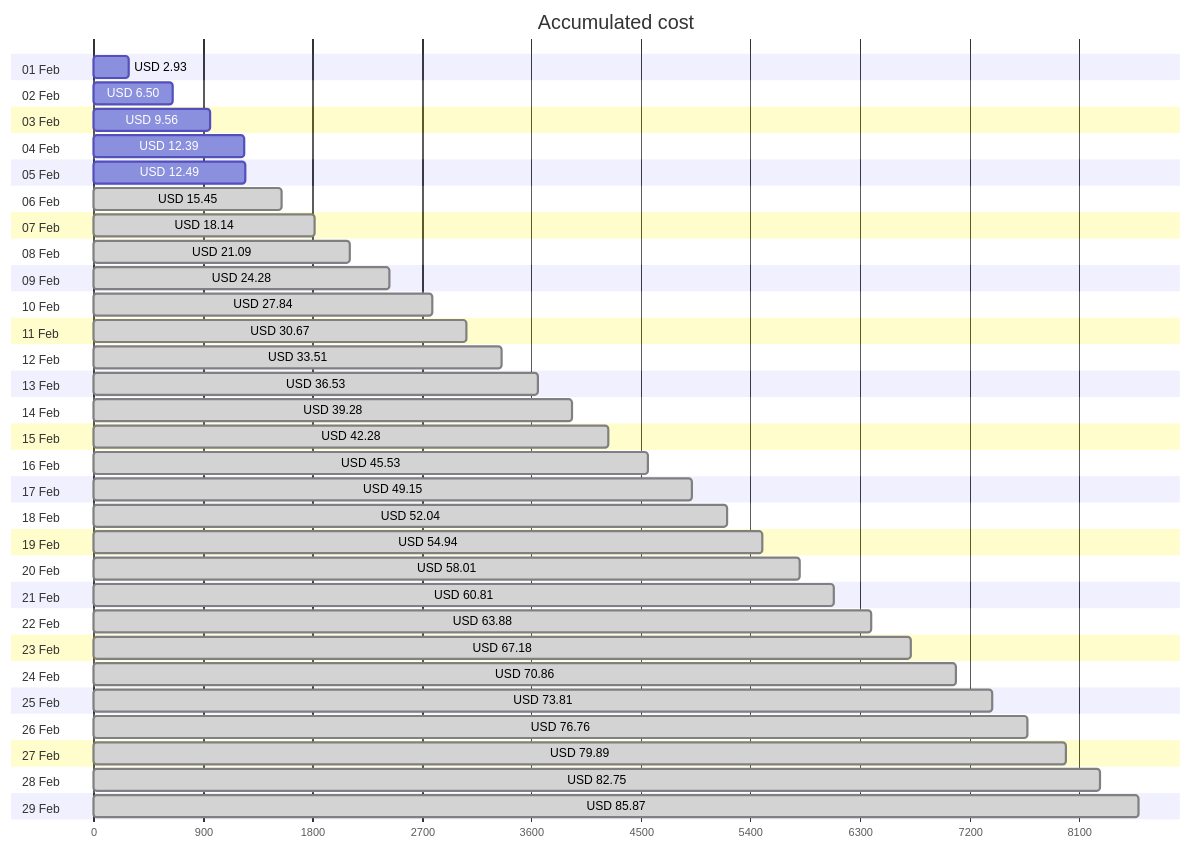
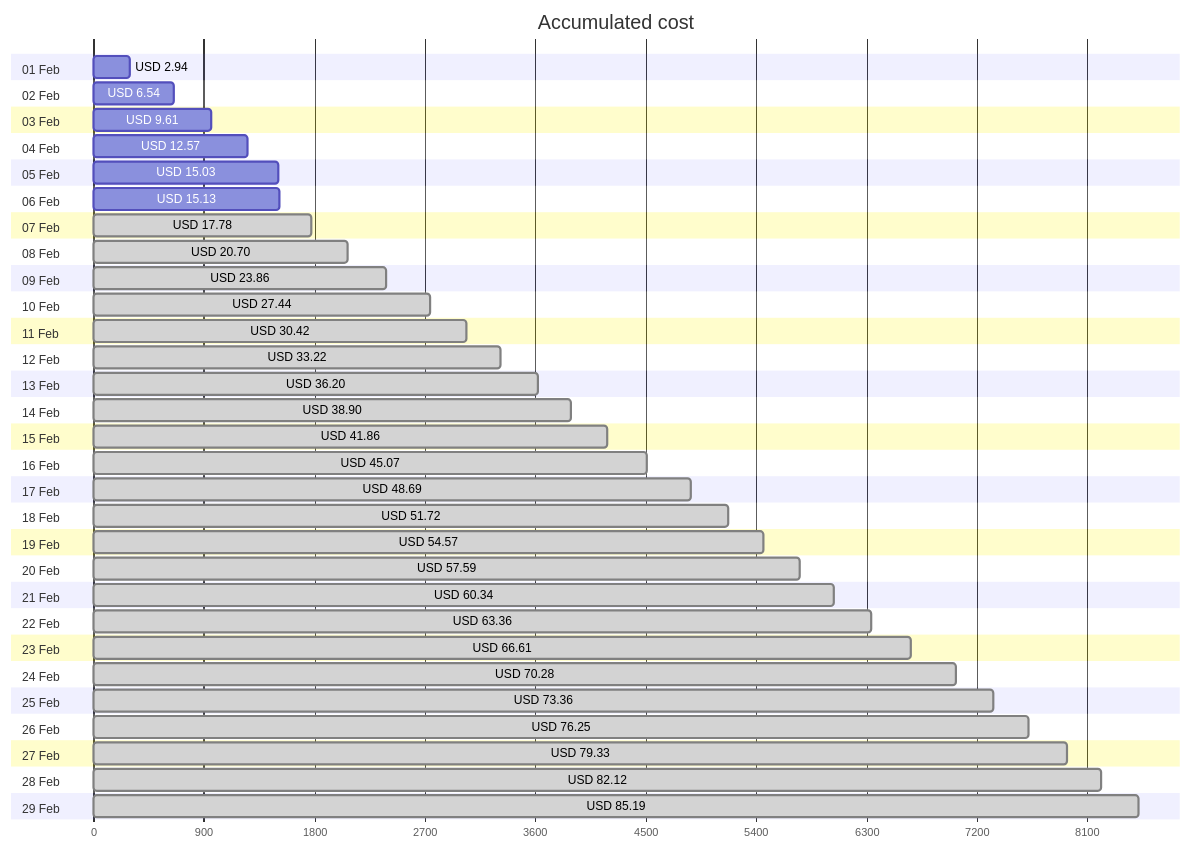
Before and after one commit to jpfulton/azure-personal-reports: the first of 4 diagrams in cost-reports/accumulated-cost.md, drawn with Mermaid. The commit also changed other lines of this file and 4 other files, not shown here.

````diff
--- a/cost-reports/accumulated-cost.md
+++ b/cost-reports/accumulated-cost.md
@@ -20,64 +20,64 @@
 ```mermaid
 gantt
    title Accumulated cost
    dateFormat  X
    axisFormat %s
    section 01 Feb
-   USD 2.93 :0, 293
+   USD 2.94 :0, 294
    section 02 Feb
-   USD 6.50 :0, 650
+   USD 6.54 :0, 654
    section 03 Feb
-   USD 9.56 :0, 956
+   USD 9.61 :0, 961
    section 04 Feb
-   USD 12.39 :0, 1239
+   USD 12.57 :0, 1257
    section 05 Feb
-   USD 12.49 :0, 1249
+   USD 15.03 :0, 1503
    section 06 Feb
-   USD 15.45 : done, 0, 1545
+   USD 15.13 :0, 1513
    section 07 Feb
-   USD 18.14 : done, 0, 1814
+   USD 17.78 : done, 0, 1778
    section 08 Feb
-   USD 21.09 : done, 0, 2109
+   USD 20.70 : done, 0, 2070
    section 09 Feb
-   USD 24.28 : done, 0, 2428
+   USD 23.86 : done, 0, 2386
    section 10 Feb
-   USD 27.84 : done, 0, 2784
+   USD 27.44 : done, 0, 2744
    section 11 Feb
-   USD 30.67 : done, 0, 3067
+   USD 30.42 : done, 0, 3042
    section 12 Feb
-   USD 33.51 : done, 0, 3351
+   USD 33.22 : done, 0, 3322
    section 13 Feb
-   USD 36.53 : done, 0, 3653
+   USD 36.20 : done, 0, 3620
    section 14 Feb
-   USD 39.28 : done, 0, 3928
+   USD 38.90 : done, 0, 3890
    section 15 Feb
-   USD 42.28 : done, 0, 4228
+   USD 41.86 : done, 0, 4186
    section 16 Feb
-   USD 45.53 : done, 0, 4553
+   USD 45.07 : done, 0, 4507
    section 17 Feb
-   USD 49.15 : done, 0, 4915
+   USD 48.69 : done, 0, 4869
    section 18 Feb
-   USD 52.04 : done, 0, 5204
+   USD 51.72 : done, 0, 5172
    section 19 Feb
-   USD 54.94 : done, 0, 5494
+   USD 54.57 : done, 0, 5457
    section 20 Feb
-   USD 58.01 : done, 0, 5801
+   USD 57.59 : done, 0, 5759
    section 21 Feb
-   USD 60.81 : done, 0, 6081
+   USD 60.34 : done, 0, 6034
    section 22 Feb
-   USD 63.88 : done, 0, 6388
+   USD 63.36 : done, 0, 6336
    section 23 Feb
-   USD 67.18 : done, 0, 6718
+   USD 66.61 : done, 0, 6661
    section 24 Feb
-   USD 70.86 : done, 0, 7086
+   USD 70.28 : done, 0, 7028
    section 25 Feb
-   USD 73.81 : done, 0, 7381
+   USD 73.36 : done, 0, 7336
    section 26 Feb
-   USD 76.76 : done, 0, 7676
+   USD 76.25 : done, 0, 7625
    section 27 Feb
-   USD 79.89 : done, 0, 7989
+   USD 79.33 : done, 0, 7933
    section 28 Feb
-   USD 82.75 : done, 0, 8275
+   USD 82.12 : done, 0, 8212
    section 29 Feb
-   USD 85.87 : done, 0, 8587
+   USD 85.19 : done, 0, 8519
 ```
````
